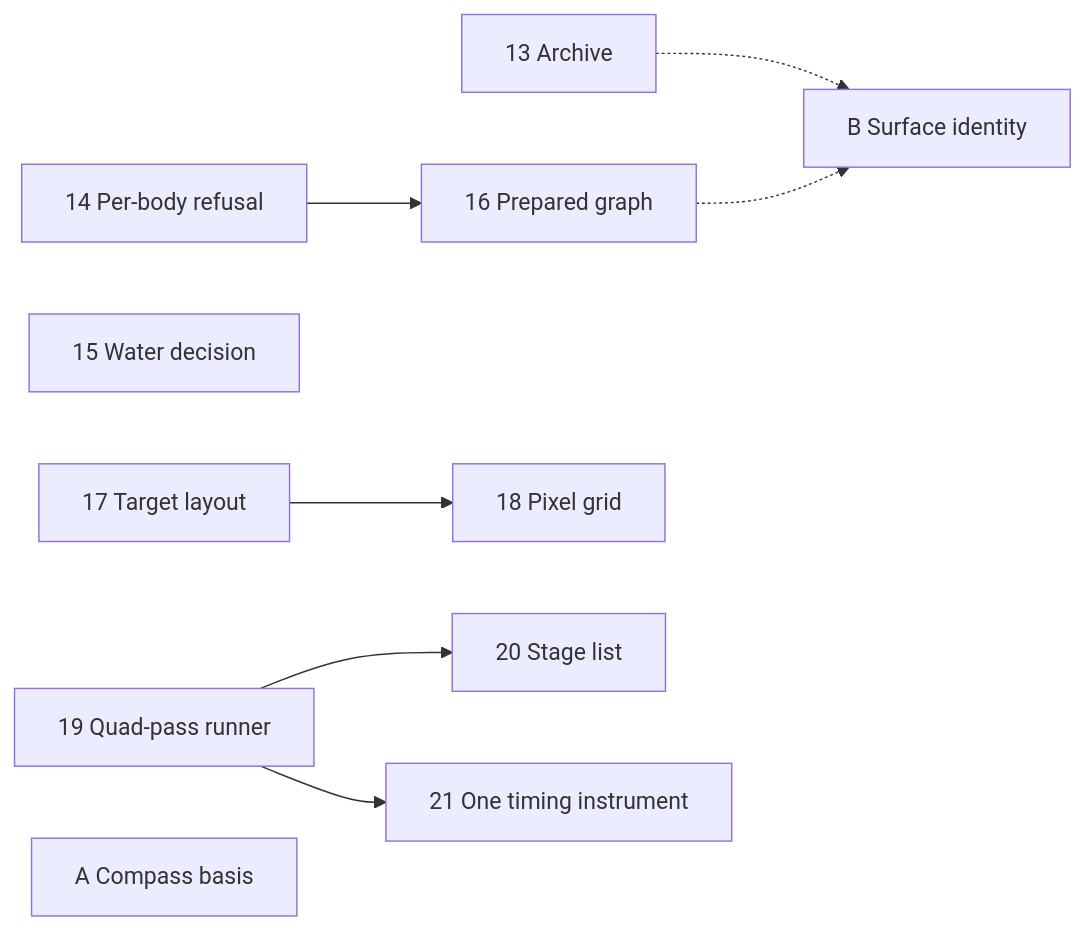
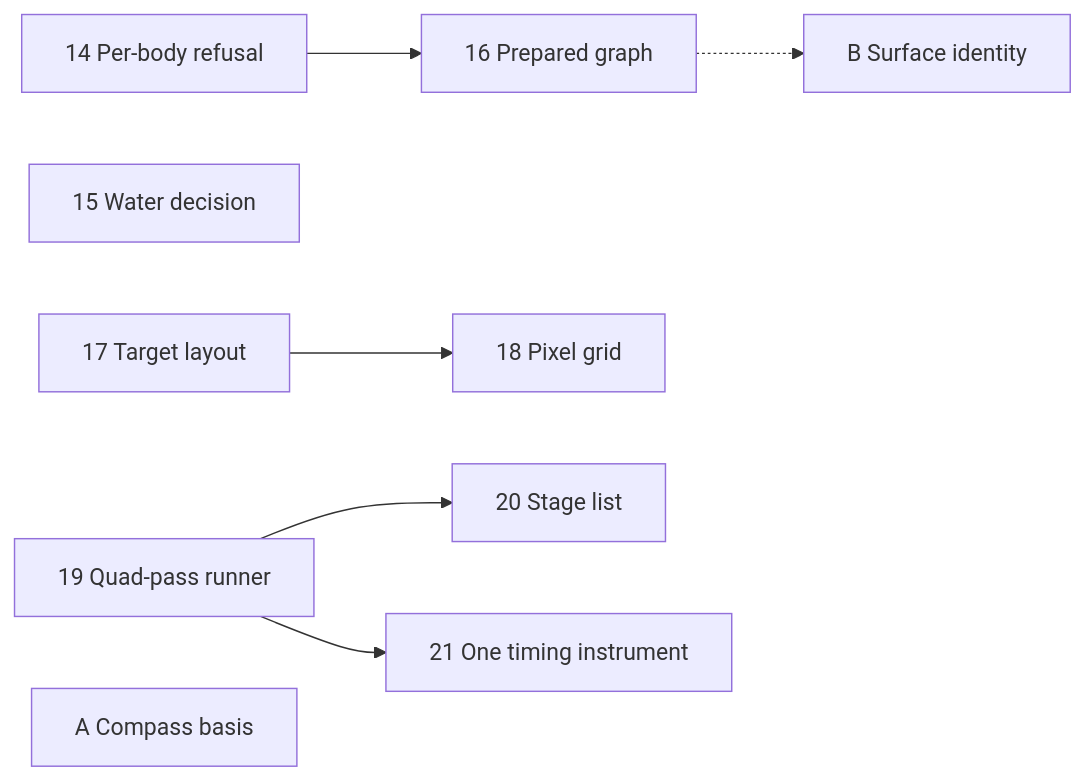
One commit to jonjaques/inertialref changed the diagram in design/plans/arch-review.md. Above: the diagram before and after it, drawn with Mermaid. The commit also changed other lines of this file and 21 other files, not shown here.

````diff
--- a/design/plans/arch-review.md
+++ b/design/plans/arch-review.md
@@ -72,12 +70,10 @@
 ```mermaid
 flowchart LR
-  P13[13 Archive]
   P14[14 Per-body refusal] --> P16[16 Prepared graph]
   P15[15 Water decision]
   P17[17 Target layout] --> P18[18 Pixel grid]
   P19[19 Quad-pass runner] --> P20[20 Stage list]
   P19 --> P21[21 One timing instrument]
   A[A Compass basis]
-  P13 -.-> B[B Surface identity]
-  P16 -.-> B
+  P16 -.-> B[B Surface identity]
 ```
````
